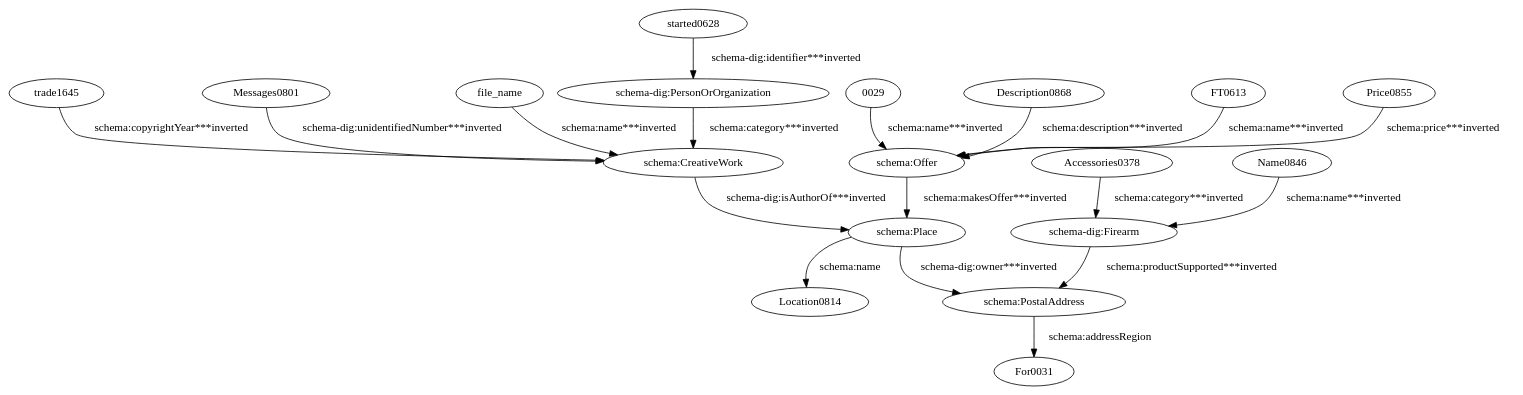
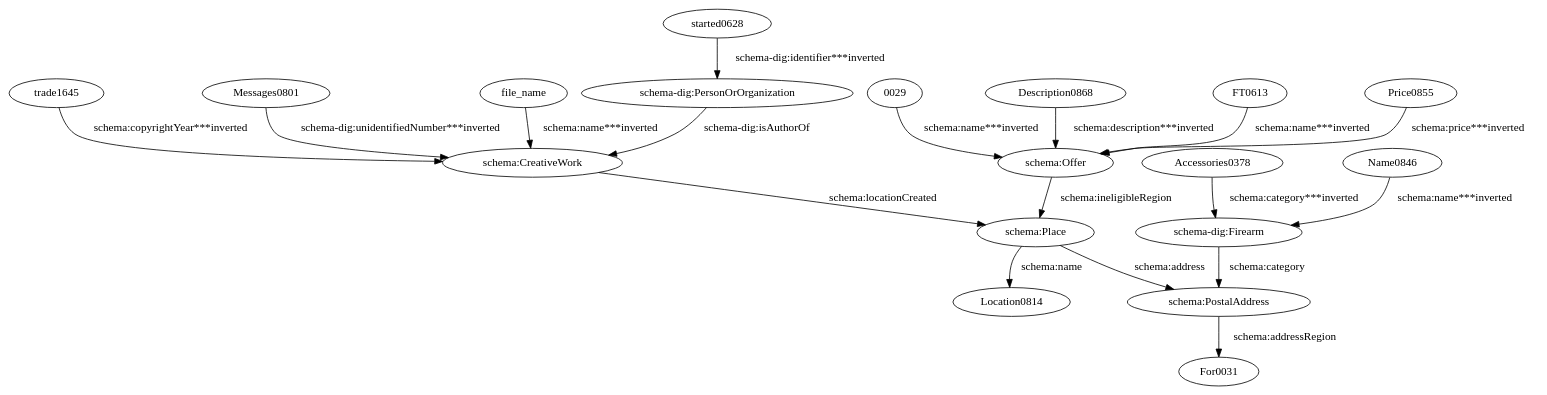
One commit to giuseppefutia/semi changed the diagram in data/taheriyan2016/task_04/semantic_models/steiner/dot/theoutdoorstrader.dot. Above: the diagram before and after it, drawn with Graphviz. The commit also changed 119 other files, not shown here.

```diff
--- a/data/taheriyan2016/task_04/semantic_models/steiner/dot/theoutdoorstrader.dot
+++ b/data/taheriyan2016/task_04/semantic_models/steiner/dot/theoutdoorstrader.dot
@@ -1,37 +1,37 @@
 digraph {
   "0029" [type=attribute_name,label="0029"]
   "schema:Offer1" [type=class_uri,label="schema:Offer"]
   Accessories0378 [type=attribute_name,label=Accessories0378]
   "schema-dig:Firearm1" [type=class_uri,label="schema-dig:Firearm"]
   Description0868 [type=attribute_name,label=Description0868]
   FT0613 [type=attribute_name,label=FT0613]
   Messages0801 [type=attribute_name,label=Messages0801]
   "schema:CreativeWork1" [type=class_uri,label="schema:CreativeWork"]
   Name0846 [type=attribute_name,label=Name0846]
   Price0855 [type=attribute_name,label=Price0855]
   file_name [type=attribute_name,label=file_name]
   "schema:PostalAddress1" [type=class_uri,label="schema:PostalAddress"]
   "schema-dig:PersonOrOrganization1" [type=class_uri,label="schema-dig:PersonOrOrganization"]
   "schema:Place1" [type=class_uri,label="schema:Place"]
   Location0814 [type=attribute_name,label=Location0814]
   For0031 [type=attribute_name,label=For0031]
   started0628 [type=attribute_name,label=started0628]
   trade1645 [type=attribute_name,label=trade1645]
   "0029" -> "schema:Offer1" [type=st_property_uri,label="schema:name***inverted",weight=1]
   Accessories0378 -> "schema-dig:Firearm1" [type=st_property_uri,label="schema:category***inverted",weight=1]
   Description0868 -> "schema:Offer1" [type=st_property_uri,label="schema:description***inverted",weight=1]
   FT0613 -> "schema:Offer1" [type=st_property_uri,label="schema:name***inverted",weight=1]
   Messages0801 -> "schema:CreativeWork1" [type=st_property_uri,label="schema-dig:unidentifiedNumber***inverted",weight=1]
   Name0846 -> "schema-dig:Firearm1" [type=st_property_uri,label="schema:name***inverted",weight=1]
   Price0855 -> "schema:Offer1" [type=st_property_uri,label="schema:price***inverted",weight=1]
   file_name -> "schema:CreativeWork1" [type=st_property_uri,label="schema:name***inverted",weight=1]
-  "schema-dig:Firearm1" -> "schema:PostalAddress1" [type=inherited,label="schema:productSupported***inverted",weight=4]
-  "schema-dig:PersonOrOrganization1" -> "schema:CreativeWork1" [type=inherited,label="schema:category***inverted",weight=4]
-  "schema:CreativeWork1" -> "schema:Place1" [type=inherited,label="schema-dig:isAuthorOf***inverted",weight=4]
-  "schema:Offer1" -> "schema:Place1" [type=inherited,label="schema:makesOffer***inverted",weight=4]
+  "schema-dig:Firearm1" -> "schema:PostalAddress1" [label="schema:category",type=inherited,weight=4]
+  "schema-dig:PersonOrOrganization1" -> "schema:CreativeWork1" [label="schema-dig:isAuthorOf",type=direct_property_uri,weight=1]
+  "schema:CreativeWork1" -> "schema:Place1" [label="schema:locationCreated",type=direct_property_uri,weight=1]
+  "schema:Offer1" -> "schema:Place1" [label="schema:ineligibleRegion",type=direct_property_uri,weight=1]
   "schema:Place1" -> Location0814 [label="schema:name",type=st_property_uri]
-  "schema:Place1" -> "schema:PostalAddress1" [type=inherited,label="schema-dig:owner***inverted",weight=4]
+  "schema:Place1" -> "schema:PostalAddress1" [label="schema:address",type=direct_property_uri,weight=1]
   "schema:PostalAddress1" -> For0031 [label="schema:addressRegion",type=st_property_uri]
   started0628 -> "schema-dig:PersonOrOrganization1" [type=st_property_uri,label="schema-dig:identifier***inverted",weight=1]
   trade1645 -> "schema:CreativeWork1" [type=st_property_uri,label="schema:copyrightYear***inverted",weight=1]
 }
```
